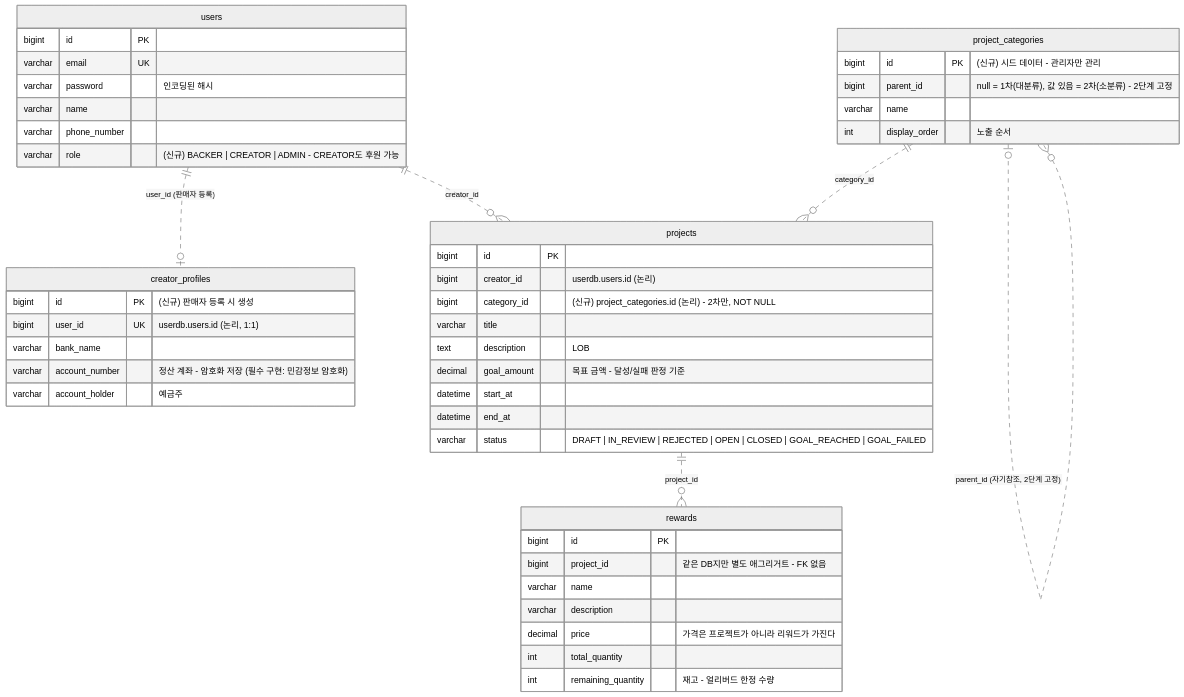
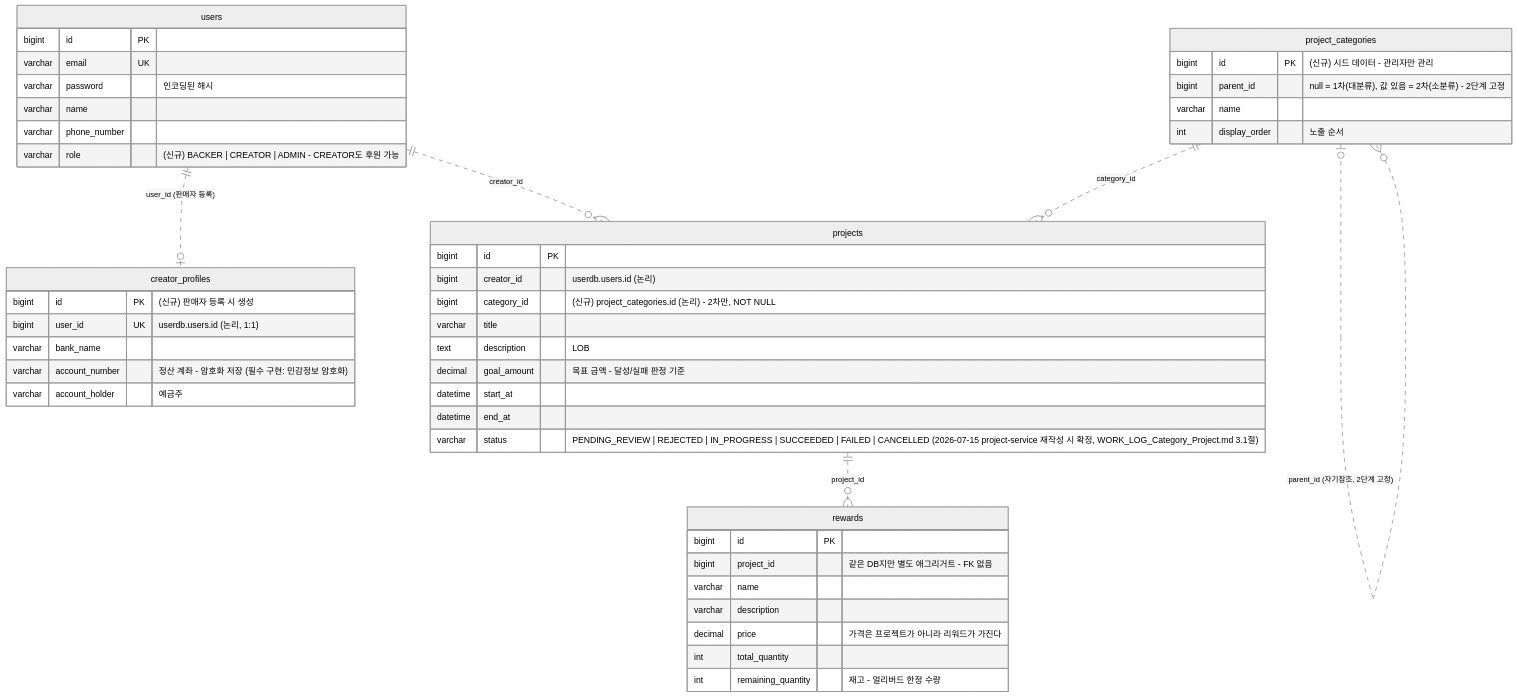
Before and after one commit to prgrms-be-adv-devcourse/beadv7_7_earlybird_BE: the second of 6 diagrams in docs/ERD.md, drawn with Mermaid (neutral theme). The commit also changed 1 other file, not shown here.

Commit message:
Docs: 마감 판정 배치 설명 및 상태 enum 값 문서 최신화
DIP 리팩토링/OrderPort 작업 중 우연히 같이 딸려온 문서 변경을 별도 커밋으로 분리.

- docs/ERD.md: Project.status 컬럼 코멘트를 실제 ProjectStatus enum 값
  (PENDING_REVIEW/REJECTED/IN_PROGRESS/SUCCEEDED/FAILED/CANCELLED)으로 갱신
  (기존엔 이미 폐기된 옛 값들이 남아있었음)
- DOMAIN_GUIDE_Category_Project_Reward.md: 마감 판정(배치/조기종료)이 어떻게
  동작하는지, endAt 당일 포함 여부를 왜 다음날 00:00 마감으로 결정했는지 설명 추가

````diff
--- a/docs/ERD.md
+++ b/docs/ERD.md
@@ -64,50 +64,50 @@
 ```mermaid
 erDiagram
     users {
         bigint id PK
         varchar email UK
         varchar password "인코딩된 해시"
         varchar name
         varchar phone_number
         varchar role "(신규) BACKER | CREATOR | ADMIN - CREATOR도 후원 가능"
     }
     creator_profiles {
         bigint id PK "(신규) 판매자 등록 시 생성"
         bigint user_id UK "userdb.users.id (논리, 1:1)"
         varchar bank_name
         varchar account_number "정산 계좌 - 암호화 저장 (필수 구현: 민감정보 암호화)"
         varchar account_holder "예금주"
     }
     project_categories {
         bigint id PK "(신규) 시드 데이터 - 관리자만 관리"
         bigint parent_id "null = 1차(대분류), 값 있음 = 2차(소분류) - 2단계 고정"
         varchar name
         int display_order "노출 순서"
     }
     projects {
         bigint id PK
         bigint creator_id "userdb.users.id (논리)"
         bigint category_id "(신규) project_categories.id (논리) - 2차만, NOT NULL"
         varchar title
         text description "LOB"
         decimal goal_amount "목표 금액 - 달성/실패 판정 기준"
         datetime start_at
         datetime end_at
-        varchar status "DRAFT | IN_REVIEW | REJECTED | OPEN | CLOSED | GOAL_REACHED | GOAL_FAILED"
+        varchar status "PENDING_REVIEW | REJECTED | IN_PROGRESS | SUCCEEDED | FAILED | CANCELLED (2026-07-15 project-service 재작성 시 확정, WORK_LOG_Category_Project.md 3.1절)"
     }
     rewards {
         bigint id PK
         bigint project_id "같은 DB지만 별도 애그리거트 - FK 없음"
         varchar name
         varchar description
         decimal price "가격은 프로젝트가 아니라 리워드가 가진다"
         int total_quantity
         int remaining_quantity "재고 - 얼리버드 한정 수량"
     }
 
     users ||..o| creator_profiles : "user_id (판매자 등록)"
     users ||..o{ projects : "creator_id"
     projects ||..o{ rewards : "project_id"
     project_categories |o..o{ project_categories : "parent_id (자기참조, 2단계 고정)"
     project_categories ||..o{ projects : "category_id"
 ```
````
